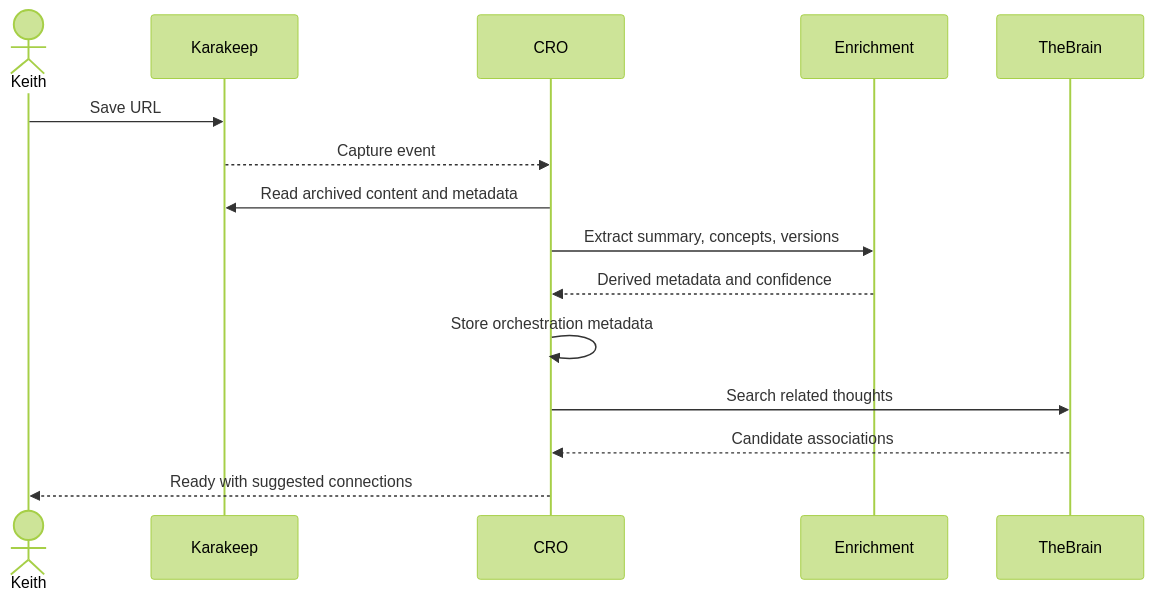
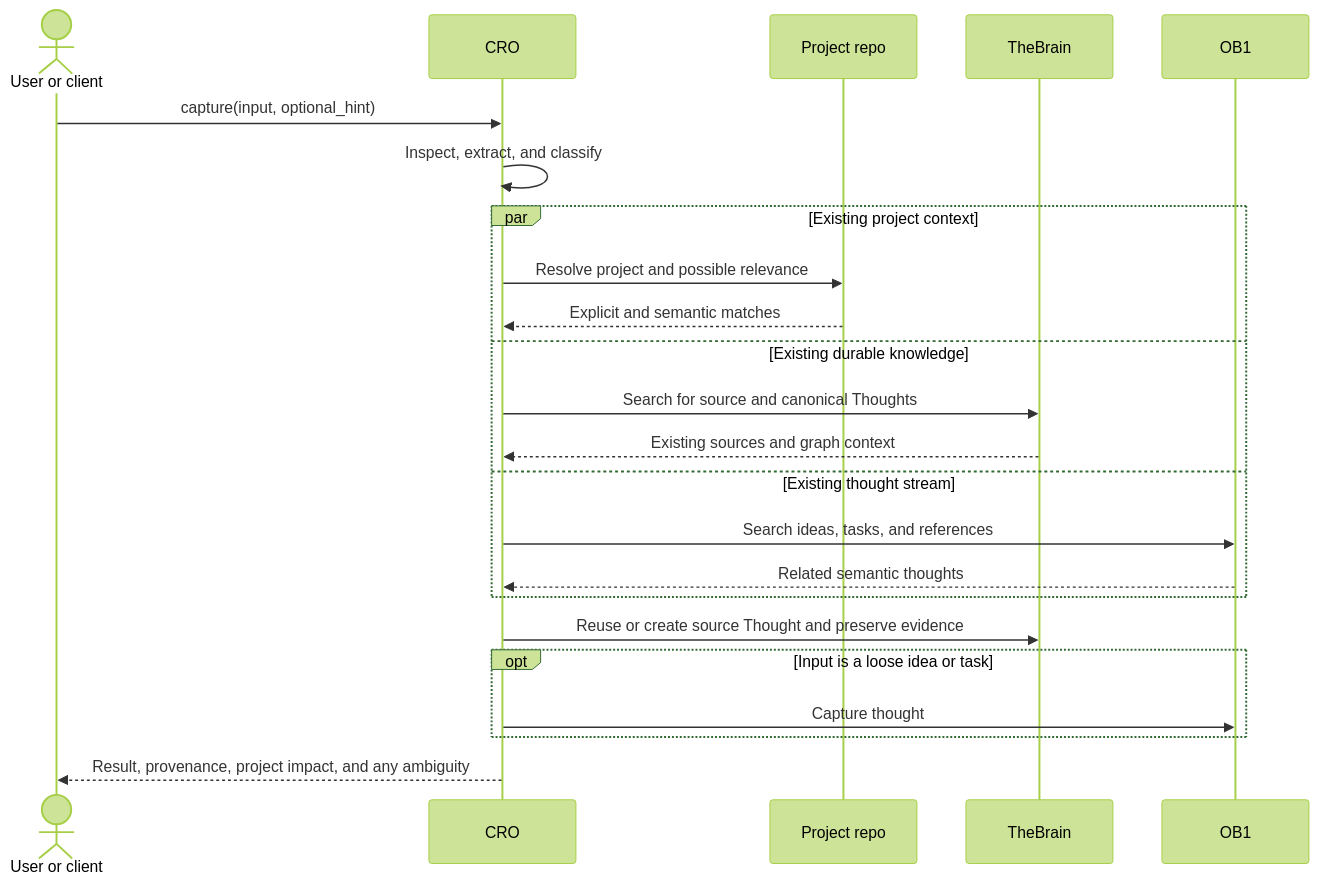
The diagram in docs/architecture/03-capture-flow.mmd (KeithBarrows/Cognitive-Research-Orchestrator), drawn with Mermaid (forest theme) before and after one commit. The commit also changed 13 other files, not shown here.

First line of the commit message:
📐 Establish CRO architecture and capability baseline

```diff
--- a/docs/architecture/03-capture-flow.mmd
+++ b/docs/architecture/03-capture-flow.mmd
@@ -1,16 +1,24 @@
 sequenceDiagram
-    actor U as Keith
-    participant K as Karakeep
+    actor U as User or client
     participant C as CRO
-    participant E as Enrichment
+    participant R as Project repo
     participant T as TheBrain
+    participant O as OB1
 
-    U->>K: Save URL
-    K-->>C: Capture event
-    C->>K: Read archived content and metadata
-    C->>E: Extract summary, concepts, versions
-    E-->>C: Derived metadata and confidence
-    C->>C: Store orchestration metadata
-    C->>T: Search related thoughts
-    T-->>C: Candidate associations
-    C-->>U: Ready with suggested connections
+    U->>C: capture(input, optional_hint)
+    C->>C: Inspect, extract, and classify
+    par Existing project context
+        C->>R: Resolve project and possible relevance
+        R-->>C: Explicit and semantic matches
+    and Existing durable knowledge
+        C->>T: Search for source and canonical Thoughts
+        T-->>C: Existing sources and graph context
+    and Existing thought stream
+        C->>O: Search ideas, tasks, and references
+        O-->>C: Related semantic thoughts
+    end
+    C->>T: Reuse or create source Thought and preserve evidence
+    opt Input is a loose idea or task
+        C->>O: Capture thought
+    end
+    C-->>U: Result, provenance, project impact, and any ambiguity
```
